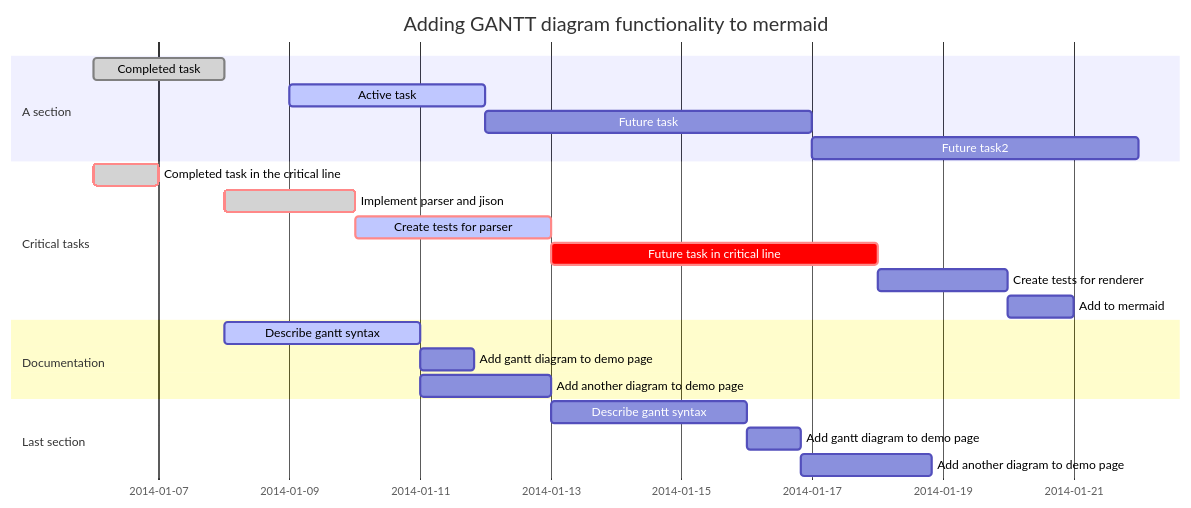
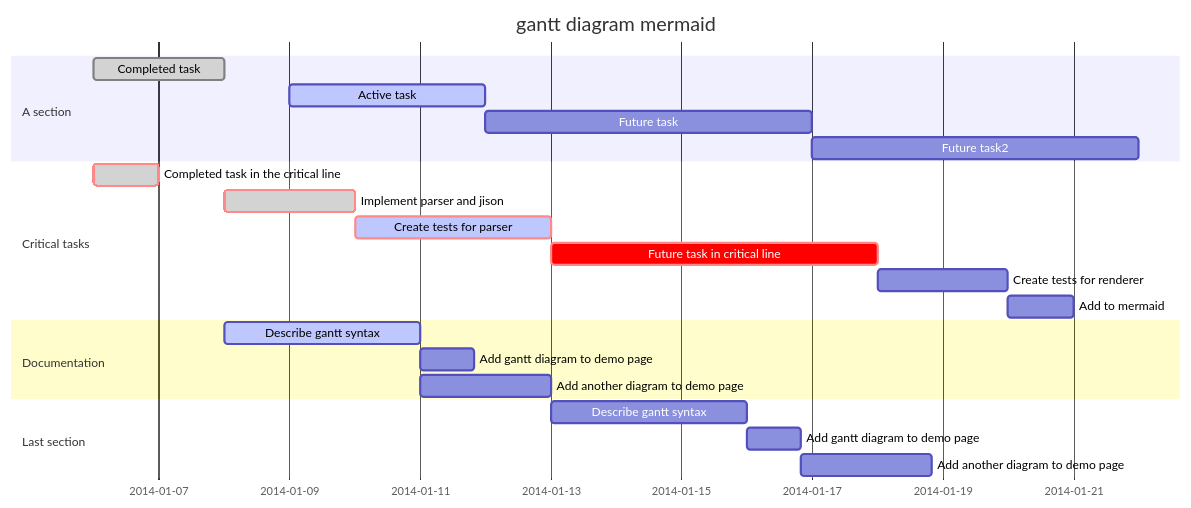
The third of 3 diagrams in README.md (WaToI/vscode-markdownmaid), drawn with Mermaid before and after one commit. The commit also changed other lines of this file and 2 other files, not shown here.

````diff
--- a/README.md
+++ b/README.md
@@ -46,29 +49,29 @@
 ```mermaid
 gantt
 	dateFormat  YYYY-MM-DD
-	title Adding GANTT diagram functionality to mermaid
+	title gantt diagram mermaid
 
 	section A section
 	Completed task            :done,    des1, 2014-01-06,2014-01-08
 	Active task               :active,  des2, 2014-01-09, 3d
 	Future task               :         des3, after des2, 5d
 	Future task2              :         des4, after des3, 5d
 
 	section Critical tasks
 	Completed task in the critical line :crit, done, 2014-01-06,24h
 	Implement parser and jison          :crit, done, after des1, 2d
 	Create tests for parser             :crit, active, 3d
 	Future task in critical line        :crit, 5d
 	Create tests for renderer           :2d
 	Add to mermaid                      :1d
 
 	section Documentation
 	Describe gantt syntax               :active, a1, after des1, 3d
 	Add gantt diagram to demo page      :after a1  , 20h
 	Add another diagram to demo page    :doc1, after a1  , 48h
 
 	section Last section
 	Describe gantt syntax               :after doc1, 3d
 	Add gantt diagram to demo page      : 20h
 	Add another diagram to demo page    : 48h
 ```
````
